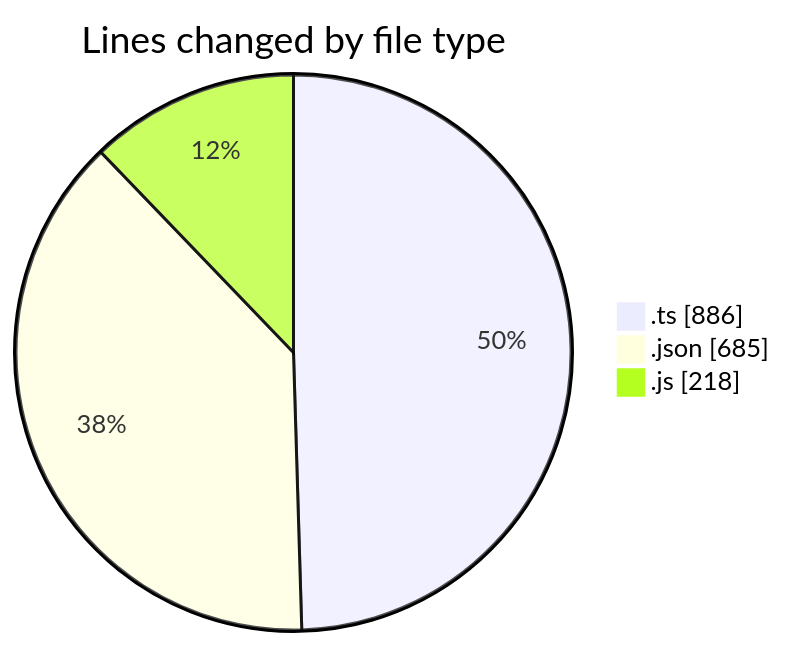
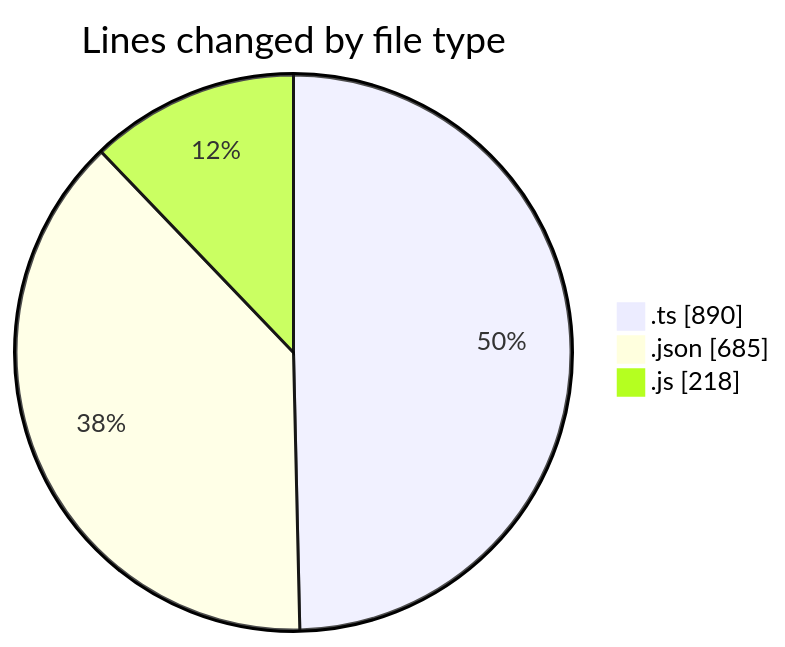
One commit to EIIisD/code-tracking changed the first of 2 diagrams in 2025-08-26/mcp-web/README.md. Above: the diagram before and after it, drawn with Mermaid. The commit also changed other lines of this file and 1 other file, not shown here.

````diff
--- a/2025-08-26/mcp-web/README.md
+++ b/2025-08-26/mcp-web/README.md
@@ -27,7 +27,7 @@
 ```mermaid
 pie showData
 title Lines changed by file type
-".ts" : 886
+".ts" : 890
 ".json" : 685
 ".js" : 218
 ```
````
